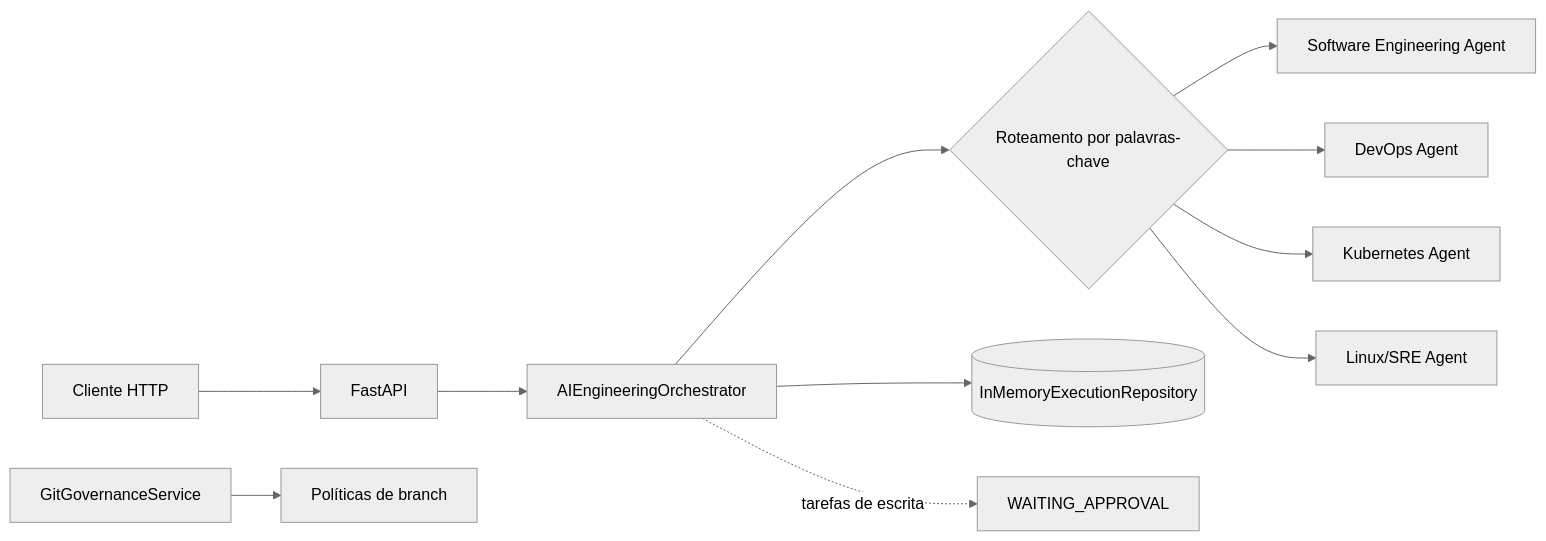
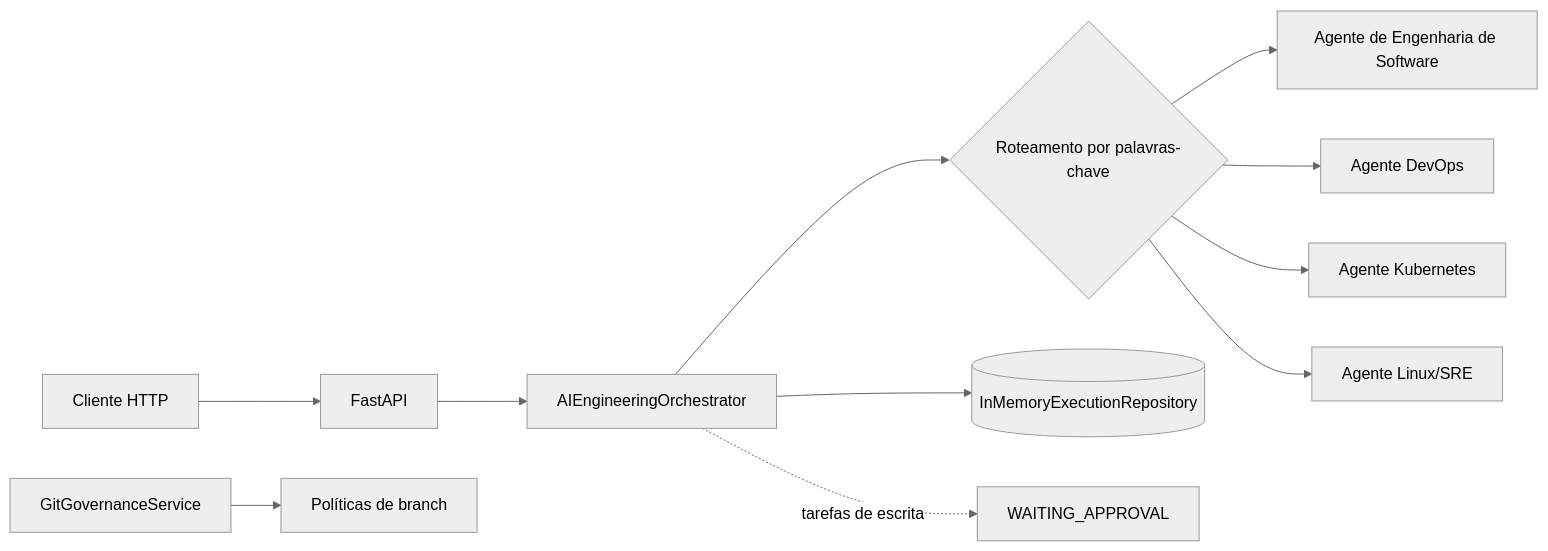
One commit to AriRoberto/ai-engineering-orchestrator changed the first of 4 diagrams in docs/pt-BR/guia-arquitetura.md. Above: the diagram before and after it, drawn with Mermaid (neutral theme). The commit also changed other lines of this file and 8 other files, not shown here.

````diff
--- a/docs/pt-BR/guia-arquitetura.md
+++ b/docs/pt-BR/guia-arquitetura.md
@@ -8,13 +8,13 @@
 ```mermaid
 flowchart LR
     C[Cliente HTTP] --> API[FastAPI]
     API --> O[AIEngineeringOrchestrator]
     O --> R{Roteamento por palavras-chave}
-    R --> SE[Software Engineering Agent]
-    R --> DO[DevOps Agent]
-    R --> K8[Kubernetes Agent]
-    R --> SR[Linux/SRE Agent]
+    R --> SE[Agente de Engenharia de Software]
+    R --> DO[Agente DevOps]
+    R --> K8[Agente Kubernetes]
+    R --> SR[Agente Linux/SRE]
     O --> MEM[(InMemoryExecutionRepository)]
     O -. tarefas de escrita .-> HA[WAITING_APPROVAL]
     GG[GitGovernanceService] --> PB[Políticas de branch]
 ```
````
